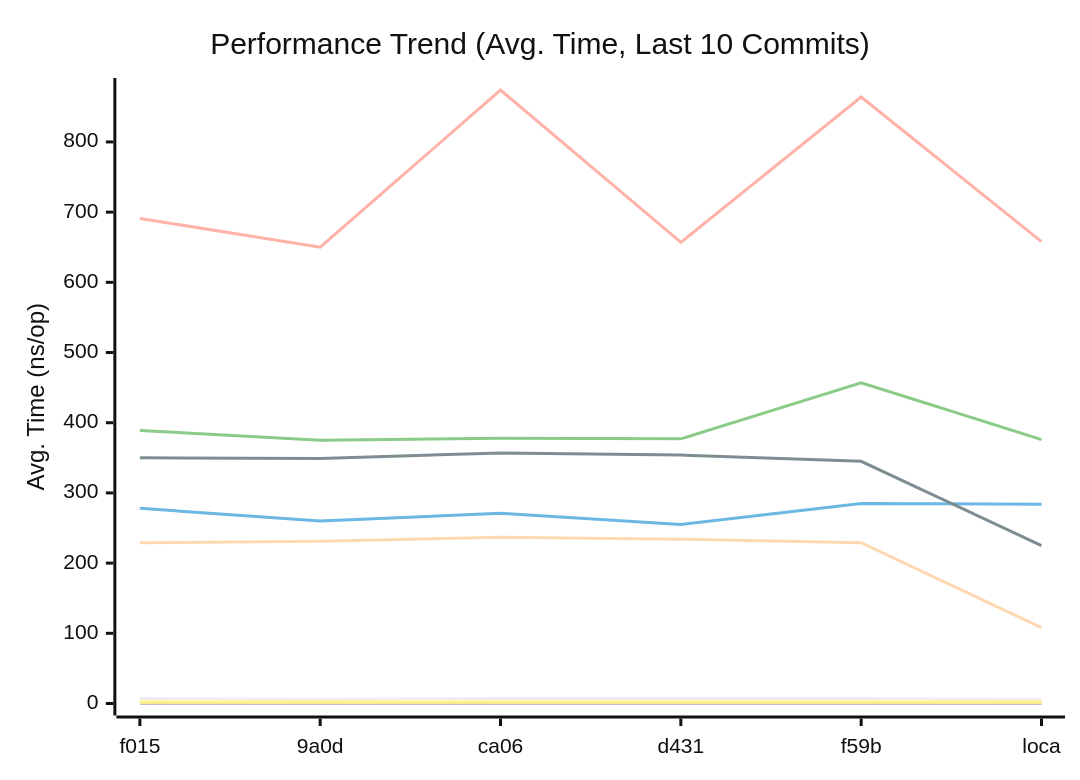
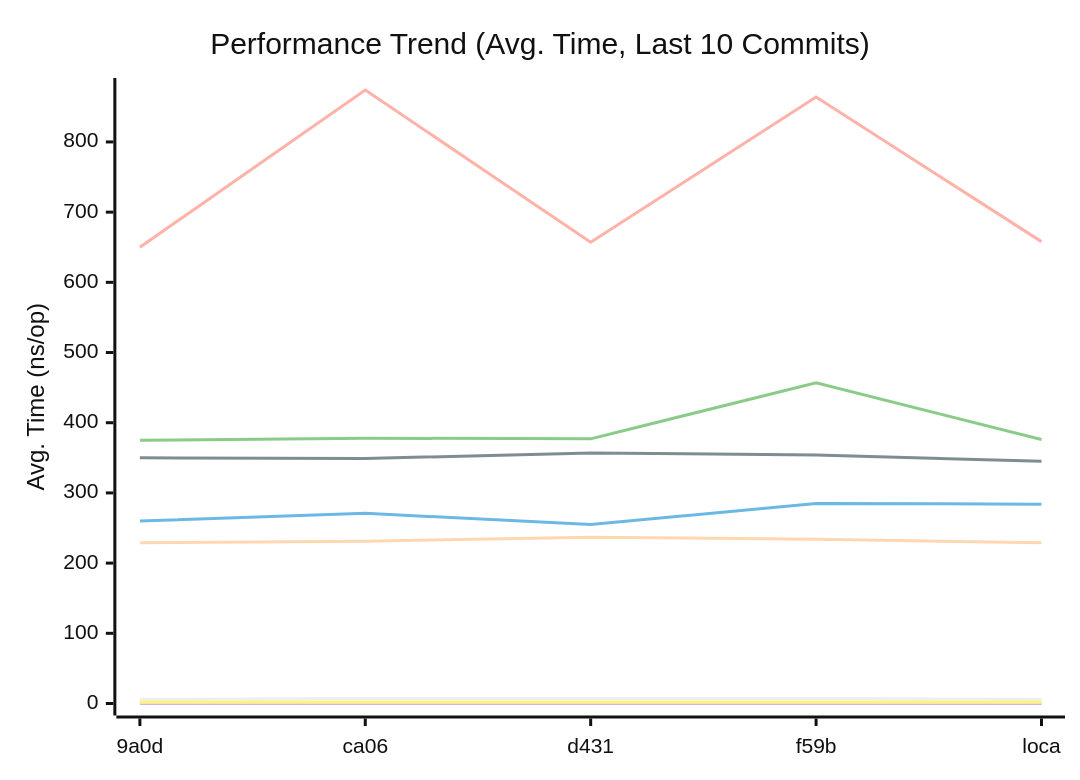
The first of 3 diagrams in docs/PERFORMANCE.md (alsotoes/momo), drawn with Mermaid (neutral theme) before and after one commit. The commit also changed other lines of this file and 2 other files, not shown here.

````diff
--- a/docs/PERFORMANCE.md
+++ b/docs/PERFORMANCE.md
@@ -80,16 +80,16 @@
 ```mermaid
 xychart-beta
     title "Performance Trend (Avg. Time, Last 10 Commits)"
     x-axis "Commit"
     y-axis "Avg. Time (ns/op)"
-    x-axis [f015,9a0d,ca06,d431,f59b,loca]
-    line "CheckMetricsAndSwap" [7,6,7,7,7,6,6,7,7,19]
-    line "CrushOptimized" [278,260,271,255,285,284,286,323,345,528]
-    line "CrushOriginal" [389,375,378,377,457,376,390,365,708,1101]
-    line "IndexDirectTracking" [0,0,0,0,0,0,0,0,0,1]
-    line "IndexSearch" [1,1,1,1,1,1,3,1,3,4]
-    line "LoadGlobalConfig" [691,650,874,657,864,658,615,611,855,1324]
+    x-axis [9a0d,ca06,d431,f59b,loca]
+    line "CheckMetricsAndSwap" [6,7,7,7,6,6,7,7,19,6]
+    line "CrushOptimized" [260,271,255,285,284,286,323,345,528,260]
+    line "CrushOriginal" [375,378,377,457,376,390,365,708,1101,375]
+    line "IndexDirectTracking" [0,0,0,0,0,0,0,0,1,0]
+    line "IndexSearch" [1,1,1,1,1,3,1,3,4,3]
+    line "LoadGlobalConfig" [650,874,657,864,658,615,611,855,1324,681]
     line "PadString" [2,2,2,2,2,2,2,2,2,2]
     line "ParseReplicationOrder_NoPrealloc" [350,349,357,354,345,225,229,165,232,234]
     line "ParseReplicationOrder_Prealloc" [229,231,237,234,229,108,107,80,110,109]
 ```
````
